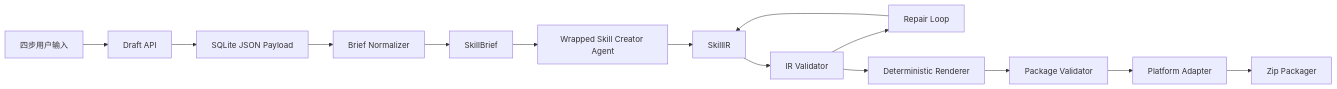
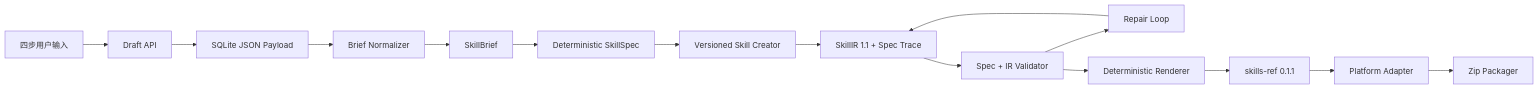
One commit to vc999999999/novafde changed the diagram in docs/backend-architecture-prd.md. Above: the diagram before and after it, drawn with Mermaid. The commit also changed other lines of this file and 38 other files, not shown here.

````diff
--- a/docs/backend-architecture-prd.md
+++ b/docs/backend-architecture-prd.md
@@ -16,16 +18,17 @@
 ```mermaid
 flowchart LR
   UI["四步用户输入"] --> API["Draft API"]
   API --> DB["SQLite JSON Payload"]
   DB --> Normalizer["Brief Normalizer"]
   Normalizer --> Brief["SkillBrief"]
-  Brief --> Creator["Wrapped Skill Creator Agent"]
-  Creator --> IR["SkillIR"]
-  IR --> Validator["IR Validator"]
+  Brief --> Spec["Deterministic SkillSpec"]
+  Spec --> Creator["Versioned Skill Creator"]
+  Creator --> IR["SkillIR 1.1 + Spec Trace"]
+  IR --> Validator["Spec + IR Validator"]
   Validator --> Repair["Repair Loop"]
   Repair --> IR
   Validator --> Renderer["Deterministic Renderer"]
-  Renderer --> PackageValidator["Package Validator"]
+  Renderer --> PackageValidator["skills-ref 0.1.1"]
   PackageValidator --> Adapter["Platform Adapter"]
   Adapter --> Zip["Zip Packager"]
 ```
````
